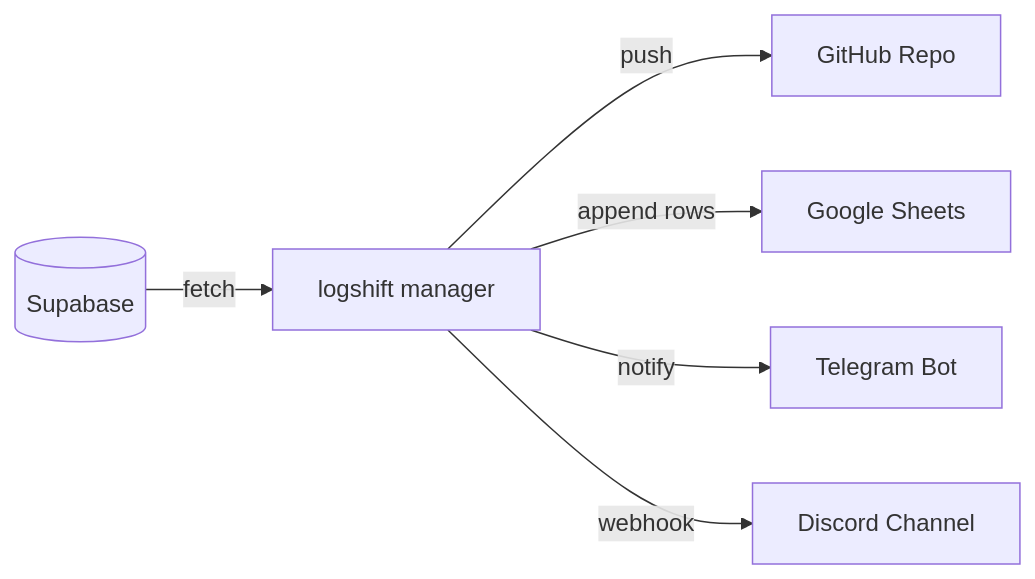
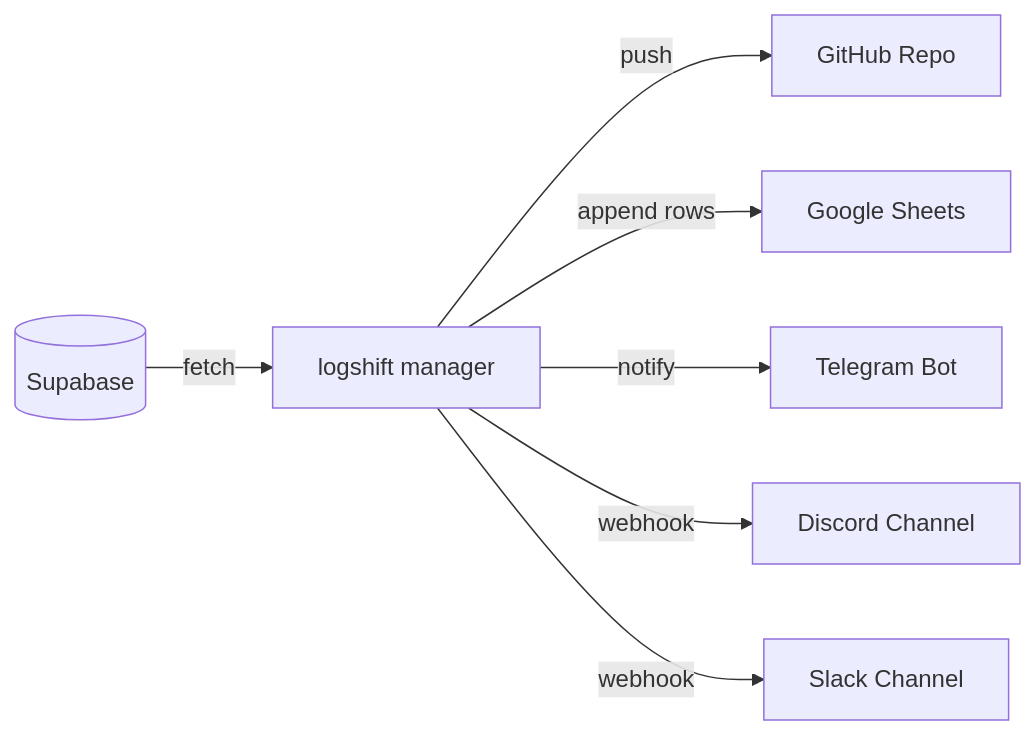
One commit to AtaCanYmc/LogShifter changed the diagram in README.md. Above: the diagram before and after it, drawn with Mermaid. The commit also changed other lines of this file and 5 other files, not shown here.

````diff
--- a/README.md
+++ b/README.md
@@ -11,8 +11,9 @@
 ```mermaid
 graph LR
     Supabase[(Supabase)] -->|fetch| Logshift[logshift manager]
     Logshift -->|push| GitHub[GitHub Repo]
     Logshift -->|append rows| Sheets[Google Sheets]
     Logshift -->|notify| Telegram[Telegram Bot]
     Logshift -->|webhook| Discord[Discord Channel]
+    Logshift -->|webhook| Slack[Slack Channel]
 ```
````
